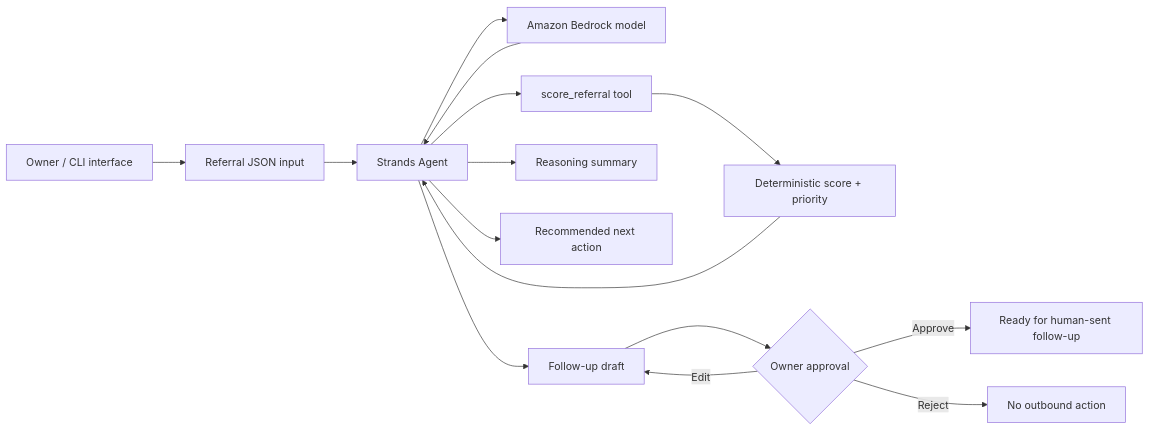
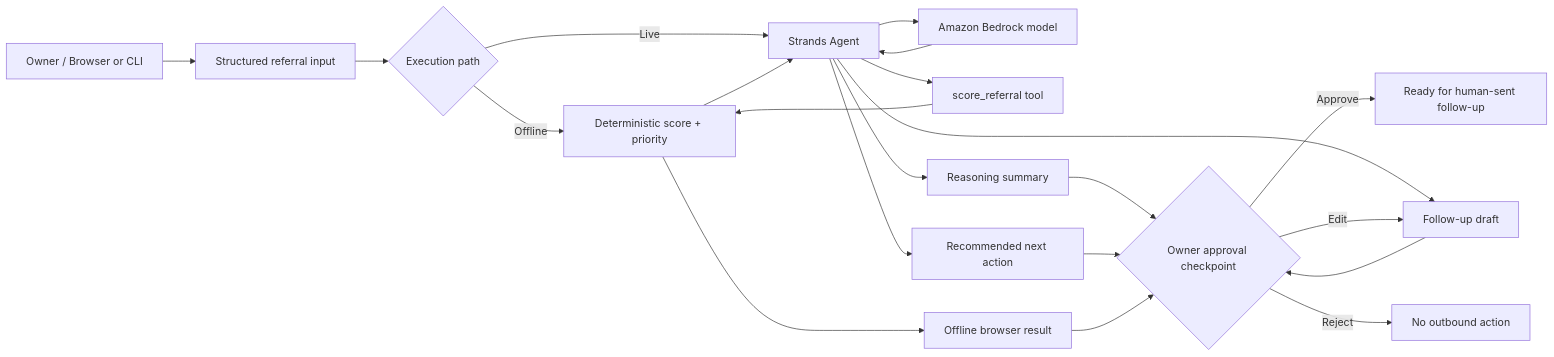
Before and after one commit to aizoya/hospitality-referral-agent: the diagram in docs/architecture.md, drawn with Mermaid. The commit also changed other lines of this file, not shown here.

Commit message:
docs: align architecture with browser and live execution paths

````diff
--- a/docs/architecture.md
+++ b/docs/architecture.md
@@ -5,17 +5,23 @@
 ```mermaid
 flowchart LR
-    U[Owner / CLI interface] --> I[Referral JSON input]
-    I --> A[Strands Agent]
+    U[Owner / Browser or CLI] --> I[Structured referral input]
+    I --> P{Execution path}
+    P -->|Offline| S[Deterministic score + priority]
+    P -->|Live| A[Strands Agent]
     A --> M[Amazon Bedrock model]
     M --> A
     A --> T[score_referral tool]
-    T --> S[Deterministic score + priority]
+    T --> S
     S --> A
     A --> R[Reasoning summary]
     A --> N[Recommended next action]
     A --> D[Follow-up draft]
-    D --> H{Owner approval}
+    S --> B[Offline browser result]
+    R --> H{Owner approval checkpoint}
+    N --> H
+    D --> H
+    B --> H
     H -->|Approve| O[Ready for human-sent follow-up]
     H -->|Edit| D
     H -->|Reject| X[No outbound action]
 ```
````
